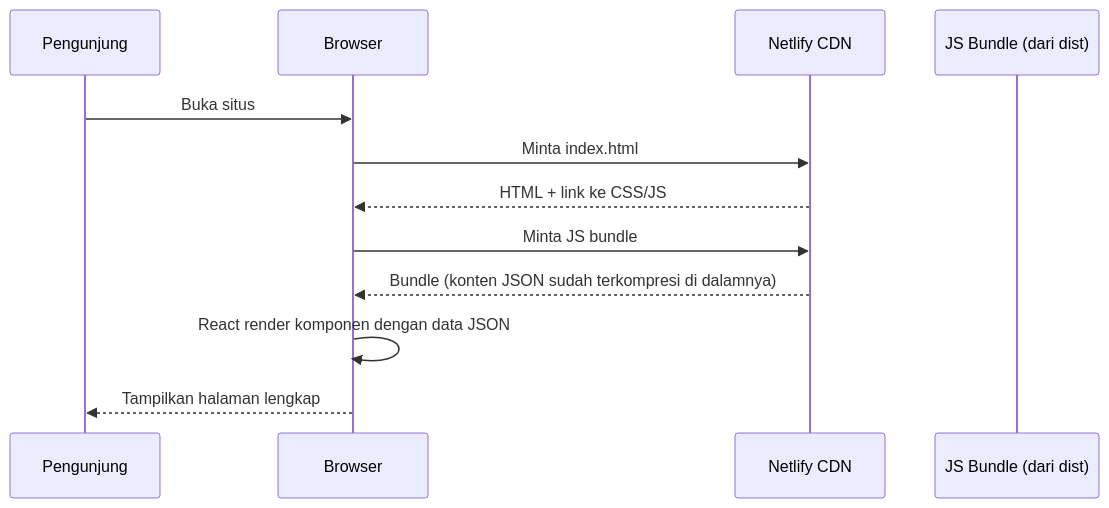
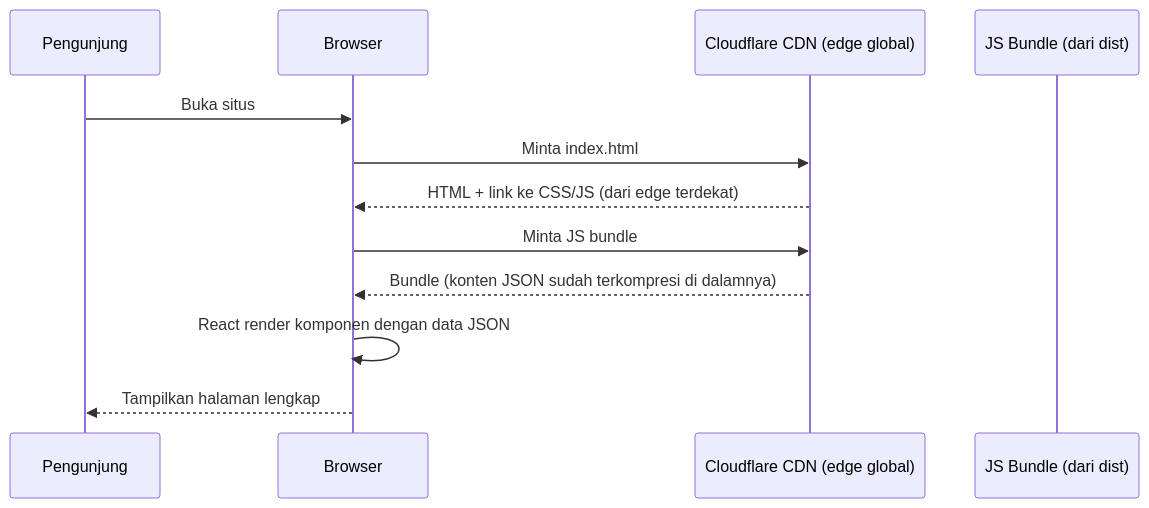
The third of 6 diagrams in docs/ARCHITECTURE.md (dewanugroho/portofolio), drawn with Mermaid before and after one commit. The commit also changed other lines of this file and 1 other file, not shown here.

First line of the commit message:
docs: revisi ARCHITECTURE.md dan TASKS.md untuk hosting gratis (Tahap B)

````diff
--- a/docs/ARCHITECTURE.md
+++ b/docs/ARCHITECTURE.md
@@ -79,15 +83,15 @@
 ```mermaid
 sequenceDiagram
     participant Pengunjung
     participant Browser
-    participant CDN as Netlify CDN
+    participant CDN as Cloudflare CDN (edge global)
     participant Bundle as JS Bundle (dari dist)
 
     Pengunjung->>Browser: Buka situs
     Browser->>CDN: Minta index.html
-    CDN-->>Browser: HTML + link ke CSS/JS
+    CDN-->>Browser: HTML + link ke CSS/JS (dari edge terdekat)
     Browser->>CDN: Minta JS bundle
     CDN-->>Browser: Bundle (konten JSON sudah terkompresi di dalamnya)
     Browser->>Browser: React render komponen dengan data JSON
     Browser-->>Pengunjung: Tampilkan halaman lengkap
 ```
````
